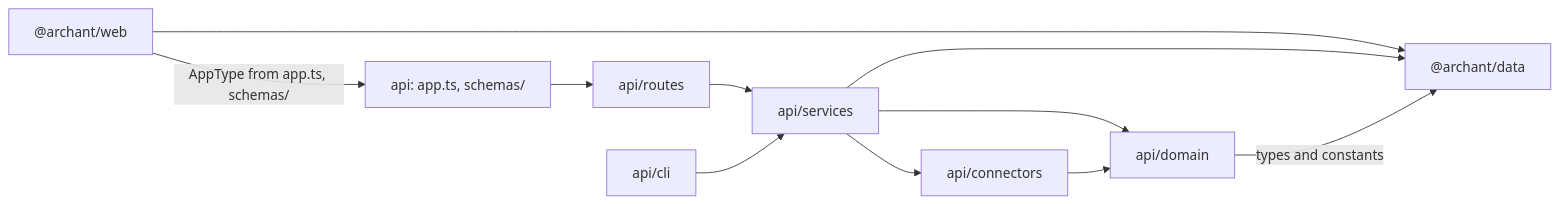
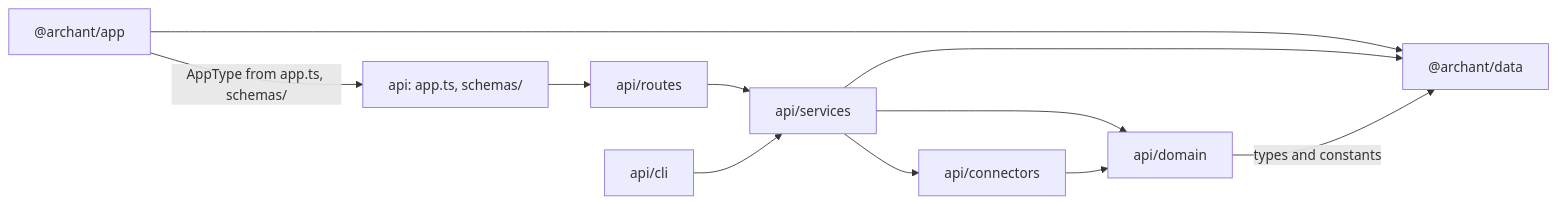
The first of 3 diagrams in _bmad-output/planning-artifacts/architecture/architecture-archant-2026-09-21/ARCHITECTURE-SPINE.md (leger-dosage/archant), drawn with Mermaid before and after one commit. The commit also changed other lines of this file and 220 other files, not shown here.

````diff
--- a/_bmad-output/planning-artifacts/architecture/architecture-archant-2026-09-21/ARCHITECTURE-SPINE.md
+++ b/_bmad-output/planning-artifacts/architecture/architecture-archant-2026-09-21/ARCHITECTURE-SPINE.md
@@ -41,13 +41,13 @@
 ```mermaid
 graph LR
-  web["@archant/web"] -->|"AppType from app.ts, schemas/"| api["api: app.ts, schemas/"]
-  web --> data["@archant/data"]
+  app["@archant/app"] -->|"AppType from app.ts, schemas/"| api["api: app.ts, schemas/"]
+  app --> data["@archant/data"]
   api --> routes["api/routes"]
   routes --> services["api/services"]
   services --> domain["api/domain"]
   services --> connectors["api/connectors"]
   connectors --> domain
   services --> data
   domain -->|"types and constants"| data
   cli["api/cli"] --> services
 ```
````
